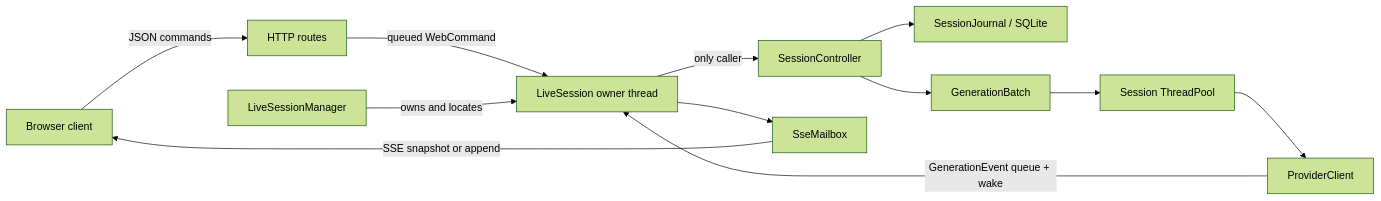
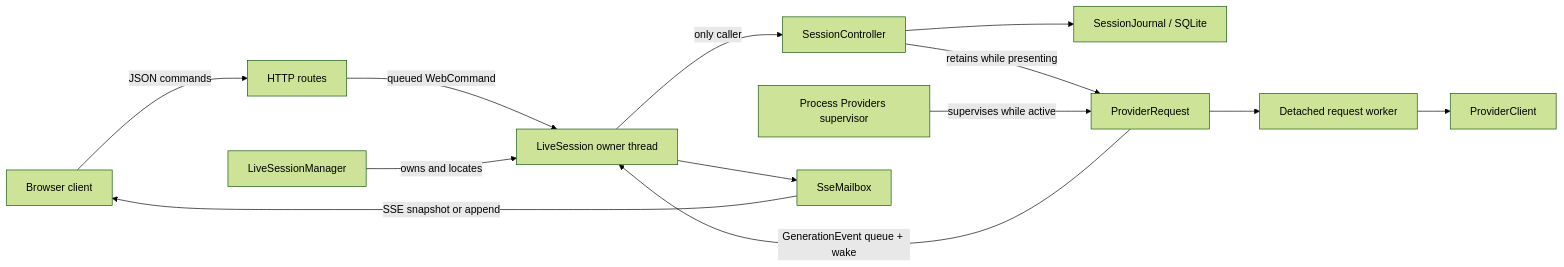
One commit to michaelpopov/cha changed the diagram in docs/tutorial.md. Above: the diagram before and after it, drawn with Mermaid (forest theme). The commit also changed other lines of this file and 51 other files, not shown here.

````diff
--- a/docs/tutorial.md
+++ b/docs/tutorial.md
@@ -67,25 +70,27 @@
 ```mermaid
 flowchart LR
     Browser["Browser client"]
     Routes["HTTP routes"]
     Manager["LiveSessionManager"]
     Actor["LiveSession owner thread"]
     Controller["SessionController"]
     Journal["SessionJournal / SQLite"]
-    Batch["GenerationBatch"]
-    Workers["Session ThreadPool"]
+    Providers["Process Providers supervisor"]
+    Request["ProviderRequest"]
+    Worker["Detached request worker"]
     Provider["ProviderClient"]
     Mailbox["SseMailbox"]
 
     Browser -->|"JSON commands"| Routes
     Routes -->|"queued WebCommand"| Actor
     Manager -->|"owns and locates"| Actor
     Actor -->|"only caller"| Controller
     Controller --> Journal
-    Controller --> Batch
-    Batch --> Workers
-    Workers --> Provider
-    Provider -->|"GenerationEvent queue + wake"| Actor
+    Controller -->|"retains while presenting"| Request
+    Providers -->|"supervises while active"| Request
+    Request --> Worker
+    Worker --> Provider
+    Request -->|"GenerationEvent queue + wake"| Actor
     Actor --> Mailbox
     Mailbox -->|"SSE snapshot or append"| Browser
 ```
````
